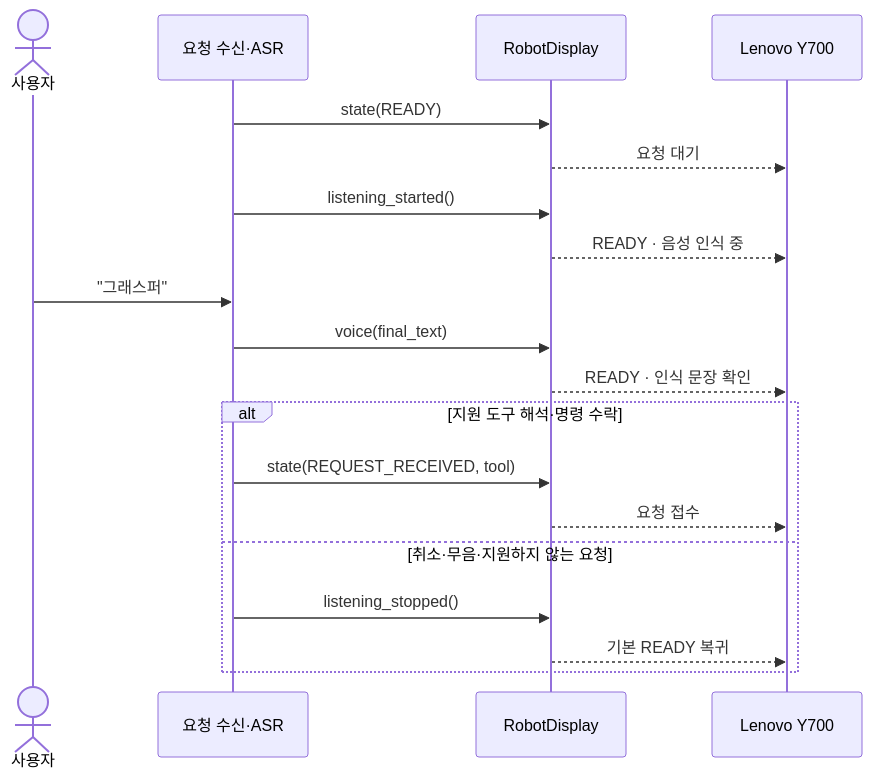
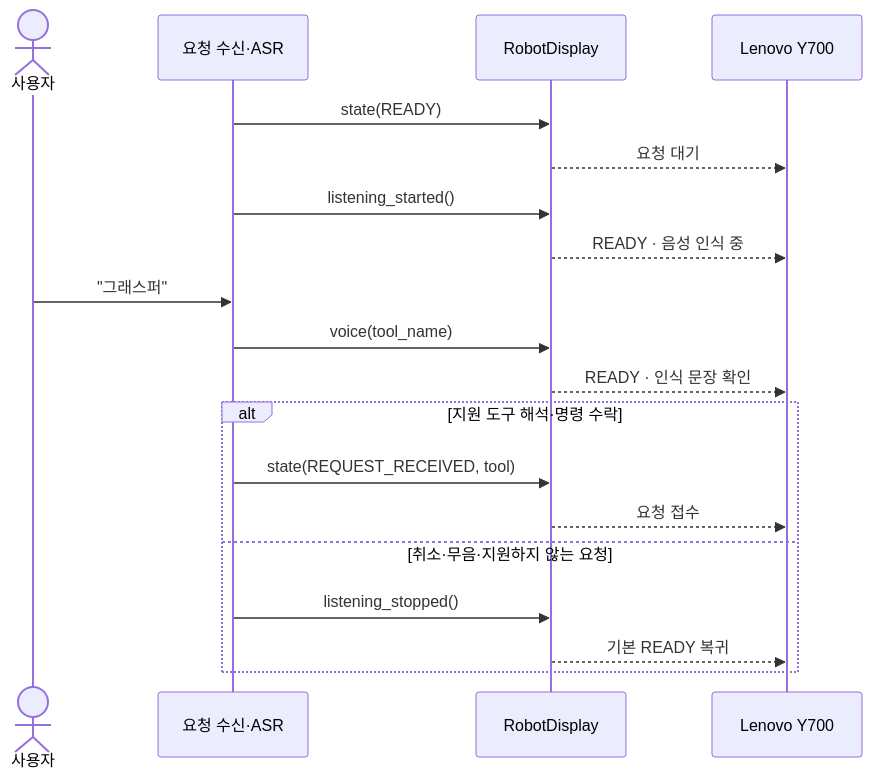
Before and after one commit to yongyong98/orchestra-display-integration: the second of 3 diagrams in README.md, drawn with Mermaid. The commit also changed other lines of this file, not shown here.

````diff
--- a/README.md
+++ b/README.md
@@ -101,22 +102,22 @@
 ```mermaid
 sequenceDiagram
     actor User as 사용자
     participant ASR as 요청 수신·ASR
     participant SDK as RobotDisplay
     participant Y700 as Lenovo Y700
 
     ASR->>SDK: state(READY)
     SDK-->>Y700: 요청 대기
     ASR->>SDK: listening_started()
     SDK-->>Y700: READY · 음성 인식 중
     User->>ASR: "그래스퍼"
-    ASR->>SDK: voice(final_text)
+    ASR->>SDK: voice(tool_name)
     SDK-->>Y700: READY · 인식 문장 확인
     alt 지원 도구 해석·명령 수락
         ASR->>SDK: state(REQUEST_RECEIVED, tool)
         SDK-->>Y700: 요청 접수
     else 취소·무음·지원하지 않는 요청
         ASR->>SDK: listening_stopped()
         SDK-->>Y700: 기본 READY 복귀
     end
 ```
````
